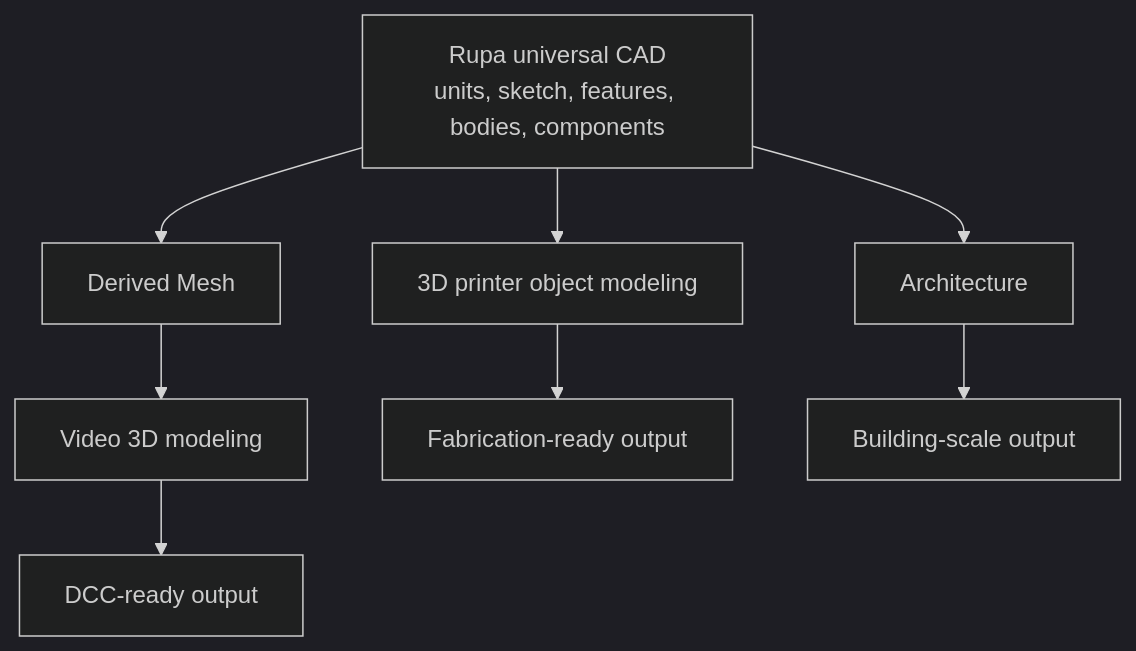
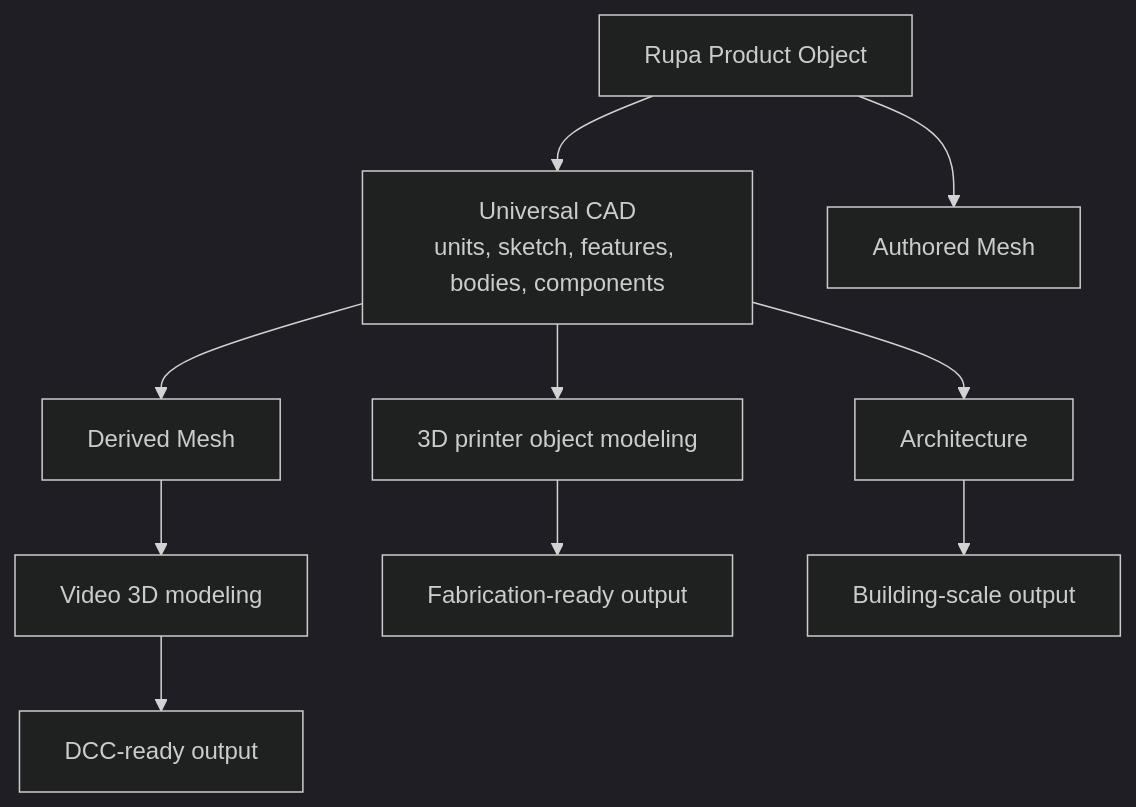
One commit to 1amageek/Rupa changed the first of 5 diagrams in Rupa/PRODUCT_REQUIREMENTS.md. Above: the diagram before and after it, drawn with Mermaid (dark theme). The commit also changed other lines of this file and 50 other files, not shown here.

````diff
--- a/Rupa/PRODUCT_REQUIREMENTS.md
+++ b/Rupa/PRODUCT_REQUIREMENTS.md
@@ -36,11 +36,13 @@
 ```mermaid
 flowchart TD
-    CAD["Rupa universal CAD<br/>units, sketch, features, bodies, components"] --> Tessellation["Derived Mesh"]
+    Object["Rupa Product Object"] --> CAD["Universal CAD<br/>units, sketch, features, bodies, components"]
+    Object --> Authored["Authored Mesh"]
+    CAD --> Tessellation["Derived Mesh"]
     Tessellation --> Video["Video 3D modeling"]
     CAD --> Print["3D printer object modeling"]
     CAD --> Architecture["Architecture"]
 
     Video --> DCC["DCC-ready output"]
     Print --> Fabrication["Fabrication-ready output"]
     Architecture --> Building["Building-scale output"]
 ```
````
